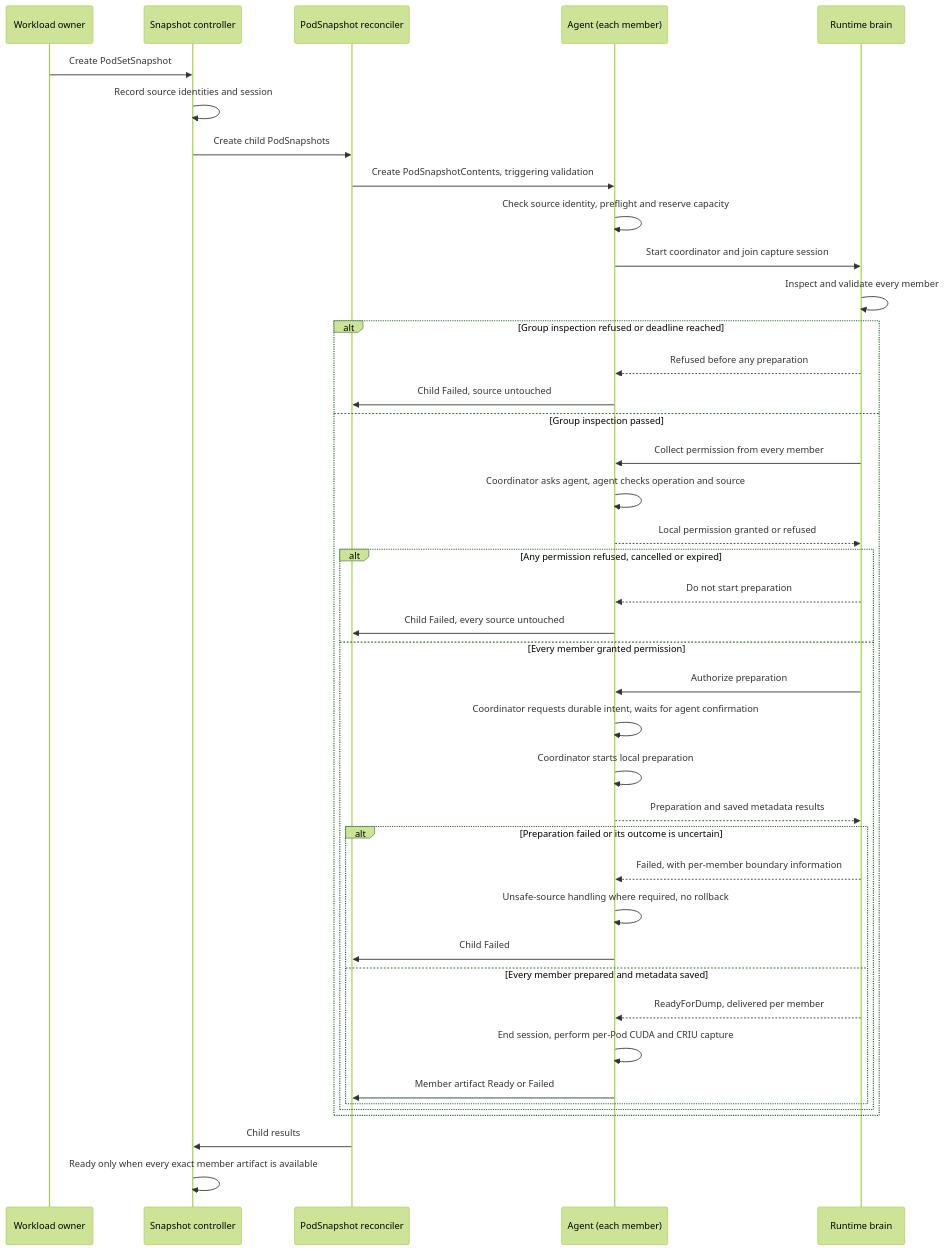
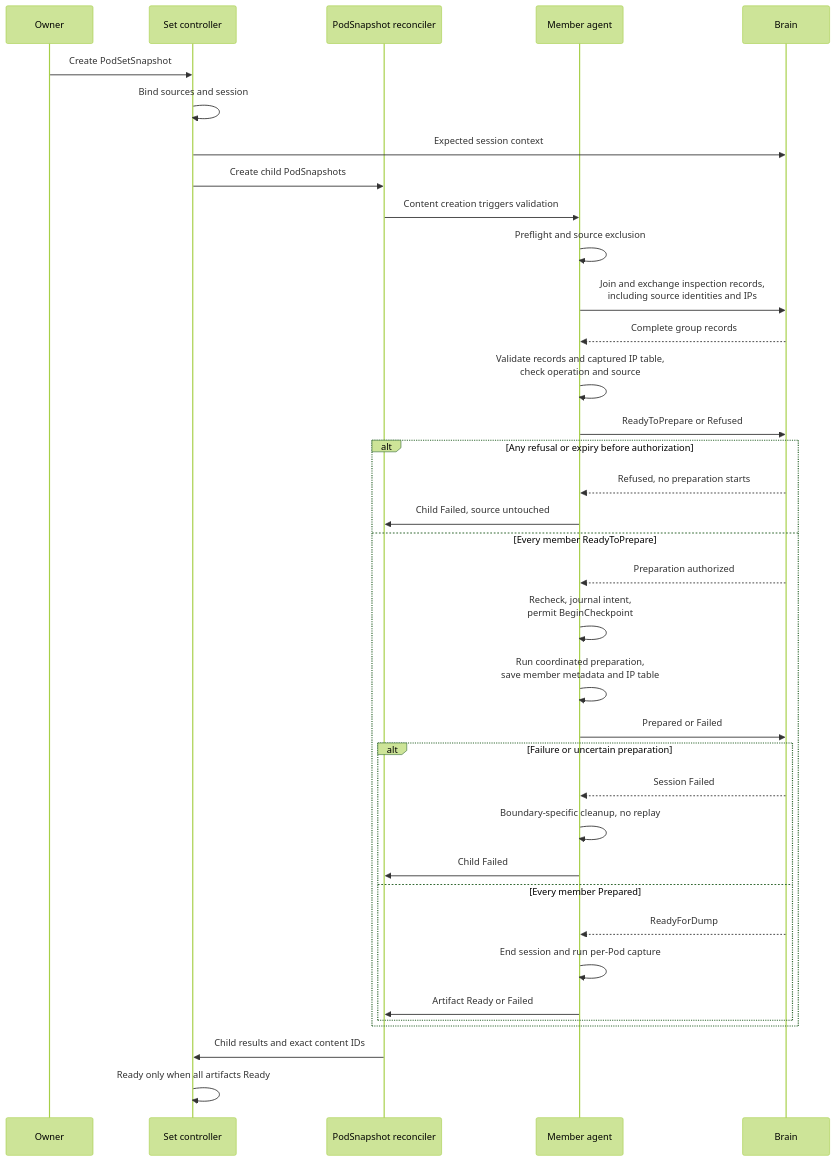
Before and after one commit to ai-dynamo/snapshot: the fourth of 5 diagrams in docs/proposals/324-multi-pod-snapshot-restore/README.md, drawn with Mermaid (forest theme). The commit also changed other lines of this file, not shown here.

Commit message:
docs: simplify multi-pod snapshot coordination

````diff
--- a/docs/proposals/324-multi-pod-snapshot-restore/README.md
+++ b/docs/proposals/324-multi-pod-snapshot-restore/README.md
@@ -1006,43 +966,38 @@
 ```mermaid
 sequenceDiagram
-    participant O as Workload owner
-    participant C as Snapshot controller
+    participant O as Owner
+    participant C as Set controller
     participant P as PodSnapshot reconciler
-    participant A as Agent (each member)
-    participant B as Runtime brain
+    participant A as Member agent
+    participant B as Brain
     O->>C: Create PodSetSnapshot
-    C->>C: Record source identities and session
+    C->>C: Bind sources and session
+    C->>B: Expected session context
     C->>P: Create child PodSnapshots
-    P->>A: Create PodSnapshotContents, triggering validation
-    A->>A: Check source identity, preflight and reserve capacity
-    A->>B: Start coordinator and join capture session
-    B->>B: Inspect and validate every member
-    alt Group inspection refused or deadline reached
-        B-->>A: Refused before any preparation
+    P->>A: Content creation triggers validation
+    A->>A: Preflight and source exclusion
+    A->>B: Join and exchange inspection records,<br/>including source identities and IPs
+    B-->>A: Complete group records
+    A->>A: Validate records and captured IP table,<br/>check operation and source
+    A->>B: ReadyToPrepare or Refused
+    alt Any refusal or expiry before authorization
+        B-->>A: Refused, no preparation starts
         A->>P: Child Failed, source untouched
-    else Group inspection passed
-        B->>A: Collect permission from every member
-        A->>A: Coordinator asks agent, agent checks operation and source
-        A-->>B: Local permission granted or refused
-        alt Any permission refused, cancelled or expired
-            B-->>A: Do not start preparation
-            A->>P: Child Failed, every source untouched
-        else Every member granted permission
-            B->>A: Authorize preparation
-            A->>A: Coordinator requests durable intent, waits for agent confirmation
-            A->>A: Coordinator starts local preparation
-            A-->>B: Preparation and saved metadata results
-            alt Preparation failed or its outcome is uncertain
-                B-->>A: Failed, with per-member boundary information
-                A->>A: Unsafe-source handling where required, no rollback
-                A->>P: Child Failed
-            else Every member prepared and metadata saved
-                B-->>A: ReadyForDump, delivered per member
-                A->>A: End session, perform per-Pod CUDA and CRIU capture
-                A->>P: Member artifact Ready or Failed
-            end
+    else Every member ReadyToPrepare
+        B-->>A: Preparation authorized
+        A->>A: Recheck, journal intent,<br/>permit BeginCheckpoint
+        A->>A: Run coordinated preparation,<br/>save member metadata and IP table
+        A->>B: Prepared or Failed
+        alt Failure or uncertain preparation
+            B-->>A: Session Failed
+            A->>A: Boundary-specific cleanup, no replay
+            A->>P: Child Failed
+        else Every member Prepared
+            B-->>A: ReadyForDump
+            A->>A: End session and run per-Pod capture
+            A->>P: Artifact Ready or Failed
         end
     end
-    P->>C: Child results
-    C->>C: Ready only when every exact member artifact is available
+    P->>C: Child results and exact content IDs
+    C->>C: Ready only when all artifacts Ready
 ```
````
